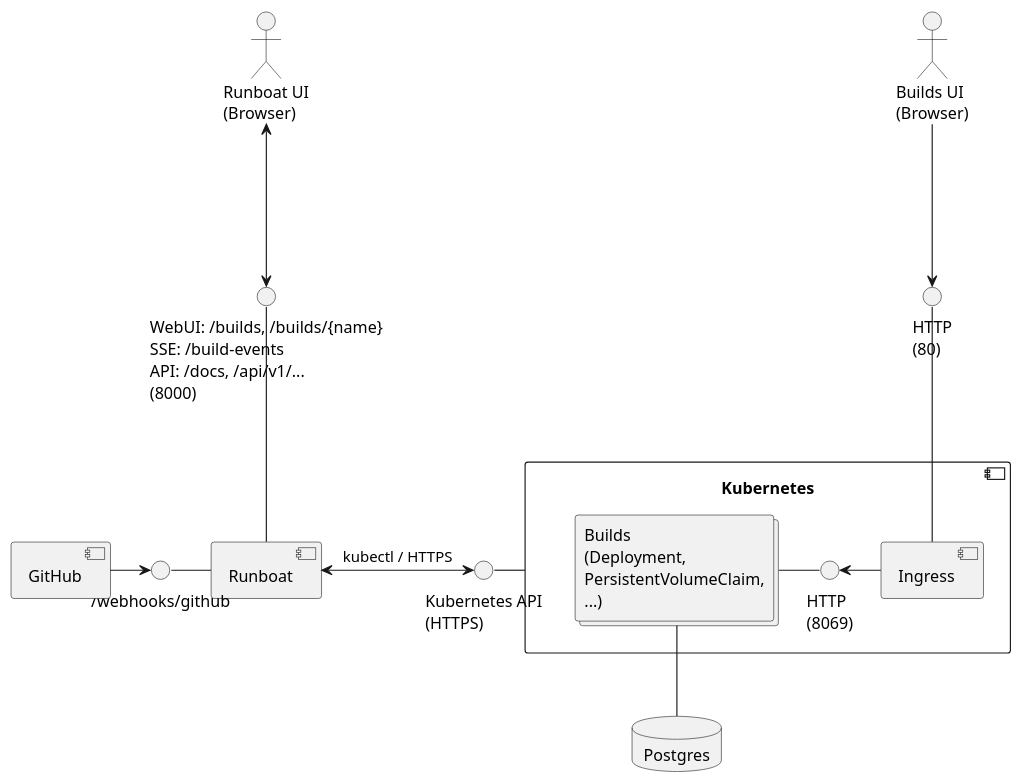
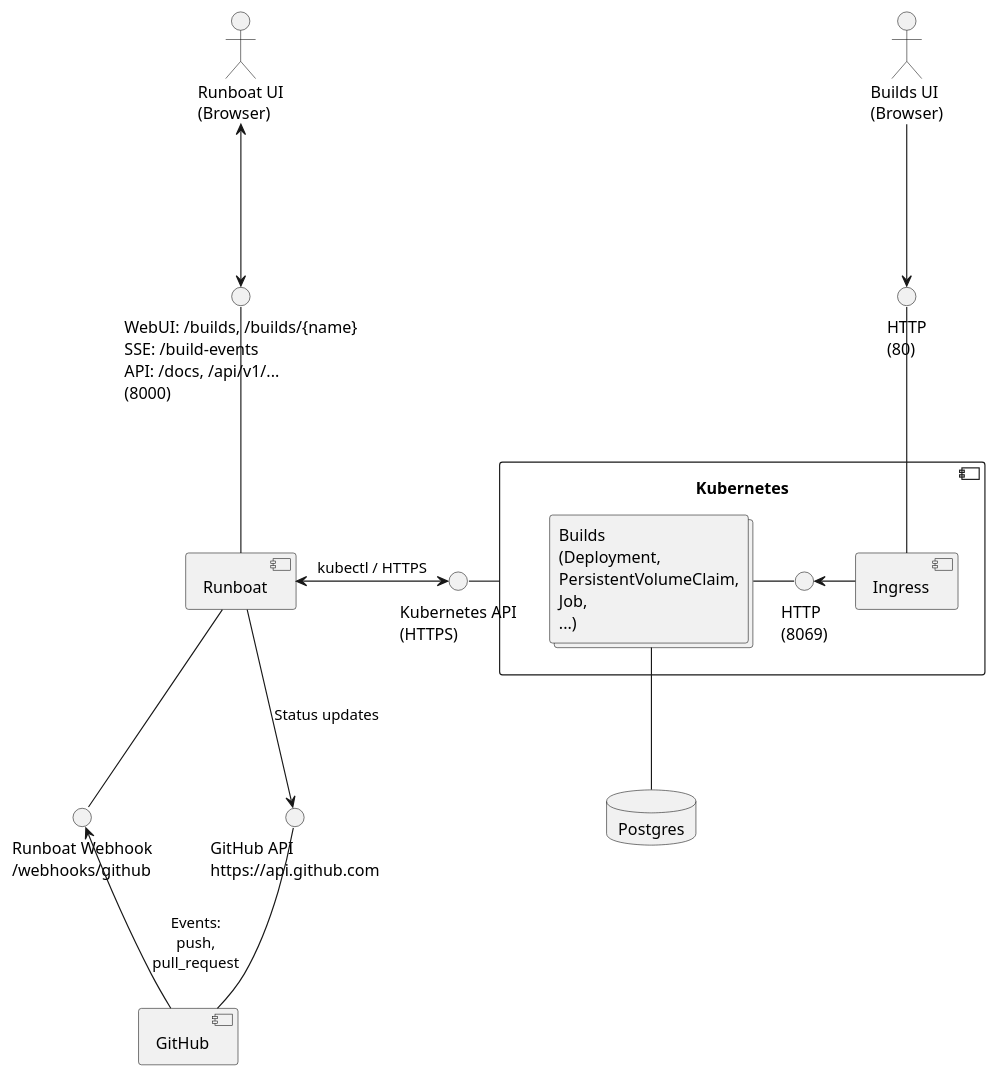
Before and after one commit to sbidoul/runboat: the diagram in docs/deployment.plantuml, drawn with PlantUML. The commit also changed 1 other file, not shown here.

Commit message:
docs: add status update to deployment diagram

```diff
--- a/docs/deployment.plantuml
+++ b/docs/deployment.plantuml
@@ -1,39 +1,42 @@
 @startuml deployment
 
 actor "Runboat UI\n(Browser)" as RunboatUI
 
 component Runboat
 interface "WebUI: /builds, /builds/{name}\nSSE: /build-events\nAPI: /docs, /api/v1/...\n(8000)" as API
-interface "/webhooks/github" as Webhook
+interface "Runboat Webhook\n/webhooks/github" as Webhook
 
 interface "HTTP\n(80)" as IngressHTTP
 actor "Builds UI\n(Browser)" as BuildsUI
 component Kubernetes {
-    collections "Builds\n(Deployment,\nPersistentVolumeClaim,\n...)" as Builds
+    collections "Builds\n(Deployment,\nPersistentVolumeClaim,\nJob,\n...)" as Builds
     interface "HTTP\n(8069)" as BuildsHTTP
     component Ingress
 }
 interface "Kubernetes API\n(HTTPS)" as K8SAPI
 
 database Postgres
 
 component GitHub
+interface "GitHub API\nhttps://api.github.com" as GitHubAPI
 
-Webhook - Runboat
+Runboat -- Webhook
 API -- Runboat
 
-GitHub -> Webhook
+Webhook <-- GitHub : "Events:\npush,\npull_request"
+GitHubAPI -- GitHub
+Runboat --> GitHubAPI : "Status updates"
 
 RunboatUI <--> API
 
 K8SAPI - Kubernetes
 
 Runboat <-> K8SAPI  : "kubectl / HTTPS"
 
 Builds - BuildsHTTP
 BuildsHTTP <- Ingress
 Builds -- Postgres
 IngressHTTP -- Ingress
 BuildsUI --> IngressHTTP
 
 @enduml
```
